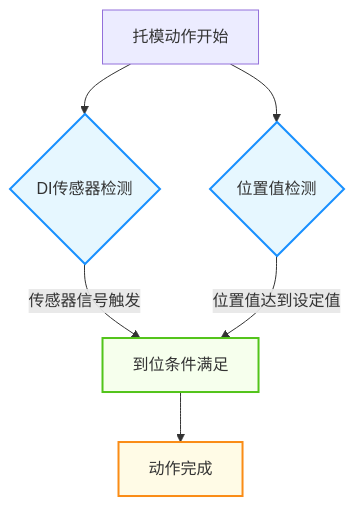
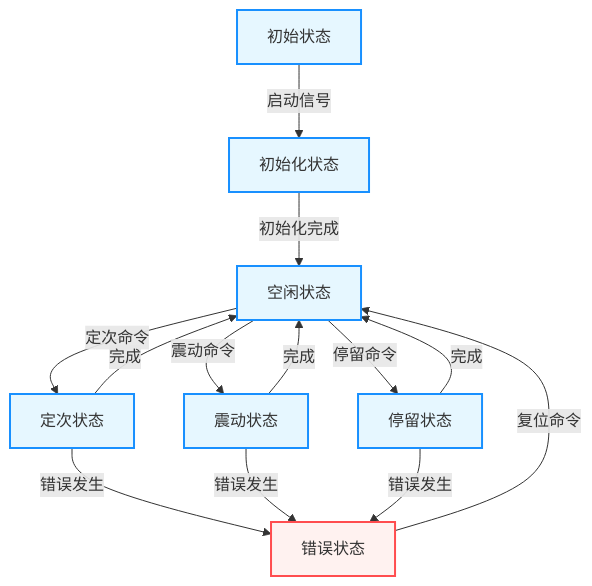
The third of 7 diagrams in docs/07_托模功能整理.md (Porcheson/inj-machine-docs), drawn with Mermaid before and after one commit. The commit also changed other lines of this file and 1 other file, not shown here.

Commit message:
优化托模功能文档的Mermaid图表样式，移除classDef定义

````diff
--- a/docs/07_托模功能整理.md
+++ b/docs/07_托模功能整理.md
@@ -64,18 +94,22 @@
 ```mermaid
 flowchart TD
-    Start[托模动作开始] --> DICheck{DI传感器检测}
-    Start --> PosCheck{位置值检测}
+    Start[初始状态] -->|启动信号| Init[初始化状态]
+    Init -->|初始化完成| Idle[空闲状态]
+    Idle -->|定次命令| EjectCount[定次状态]
+    Idle -->|震动命令| EjectVibra[震动状态]
+    Idle -->|停留命令| EjectHold[停留状态]
+    EjectCount -->|完成| Idle
+    EjectVibra -->|完成| Idle
+    EjectHold -->|完成| Idle
+    EjectCount -->|错误发生| Error[错误状态]
+    EjectVibra -->|错误发生| Error
+    EjectHold -->|错误发生| Error
+    Error -->|复位命令| Idle
   
-    DICheck -->|传感器信号触发| Met[到位条件满足]
-    PosCheck -->|位置值达到设定值| Met
+    classDef state fill:#e6f7ff,stroke:#1890ff,stroke-width:2px,rounded
+    classDef error fill:#fff2f0,stroke:#ff4d4f,stroke-width:2px,rounded
+    classDef complete fill:#f6ffed,stroke:#52c41a,stroke-width:2px,rounded
   
-    Met --> Complete[动作完成]
-  
-    classDef check fill:#e6f7ff,stroke:#1890ff,stroke-width:2px,rounded
-    classDef met fill:#f6ffed,stroke:#52c41a,stroke-width:2px,rounded
-    classDef complete fill:#fffbe6,stroke:#fa8c16,stroke-width:2px,rounded
-  
-    class DICheck,PosCheck check
-    class Met met
-    class Complete complete
+    class Start,Init,Idle,EjectCount,EjectVibra,EjectHold state
+    class Error error
 ```
````
